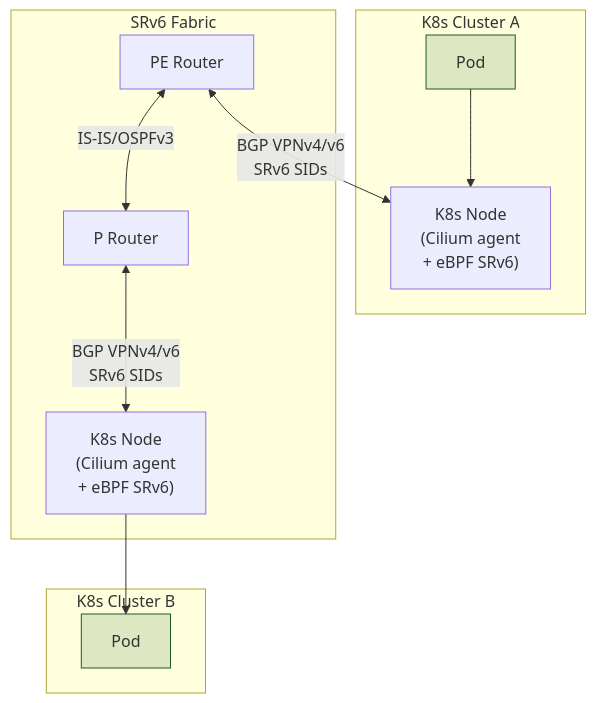
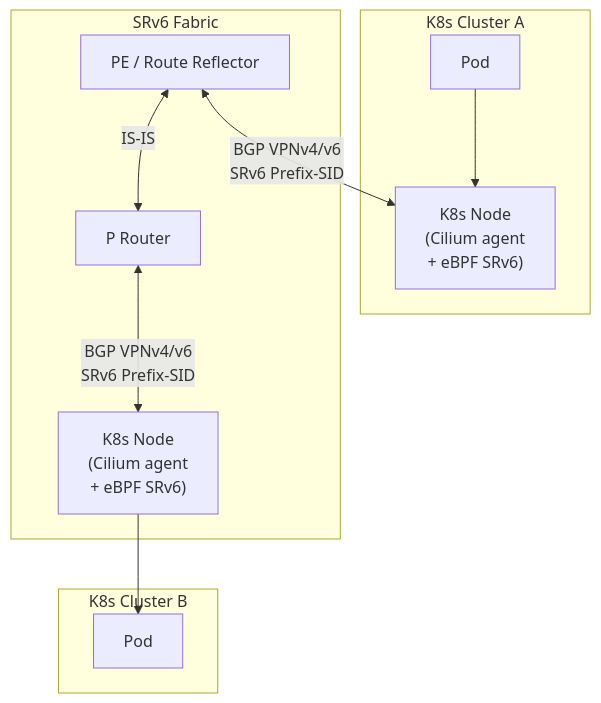
One commit to eldaninavas/srv6.md changed the diagram in docs/implementations/cilium.md. Above: the diagram before and after it, drawn with Mermaid. The commit also changed other lines of this file and 23 other files, not shown here.

````diff
--- a/docs/implementations/cilium.md
+++ b/docs/implementations/cilium.md
@@ -26,16 +33,14 @@
 ```mermaid
 graph TB
     subgraph K8s Cluster A
         P1[Pod] --> N1["K8s Node\n(Cilium agent\n+ eBPF SRv6)"]
     end
     subgraph SRv6 Fabric
-        R1[PE Router] <-->|"BGP VPNv4/v6\nSRv6 SIDs"| N1
-        R1 <-->|"IS-IS/OSPFv3"| R2[P Router]
-        R2 <-->|"BGP VPNv4/v6\nSRv6 SIDs"| N2
+        R1[PE / Route Reflector] <-->|"BGP VPNv4/v6\nSRv6 Prefix-SID"| N1
+        R1 <-->|"IS-IS"| R2[P Router]
+        R2 <-->|"BGP VPNv4/v6\nSRv6 Prefix-SID"| N2
     end
     subgraph K8s Cluster B
         N2["K8s Node\n(Cilium agent\n+ eBPF SRv6)"] --> P2[Pod]
     end
-    style P1 fill:#1b5e2026,stroke:#1b5e20
-    style P2 fill:#1b5e2026,stroke:#1b5e20
 ```
````
